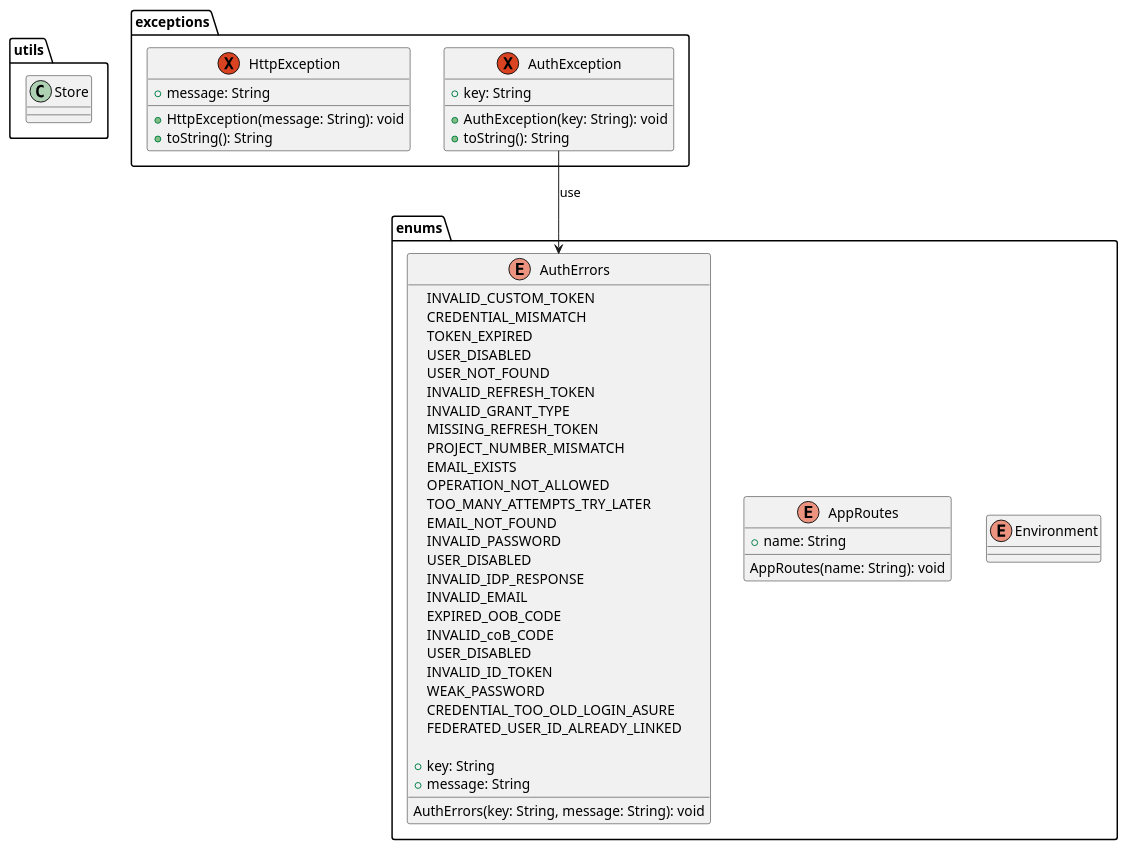
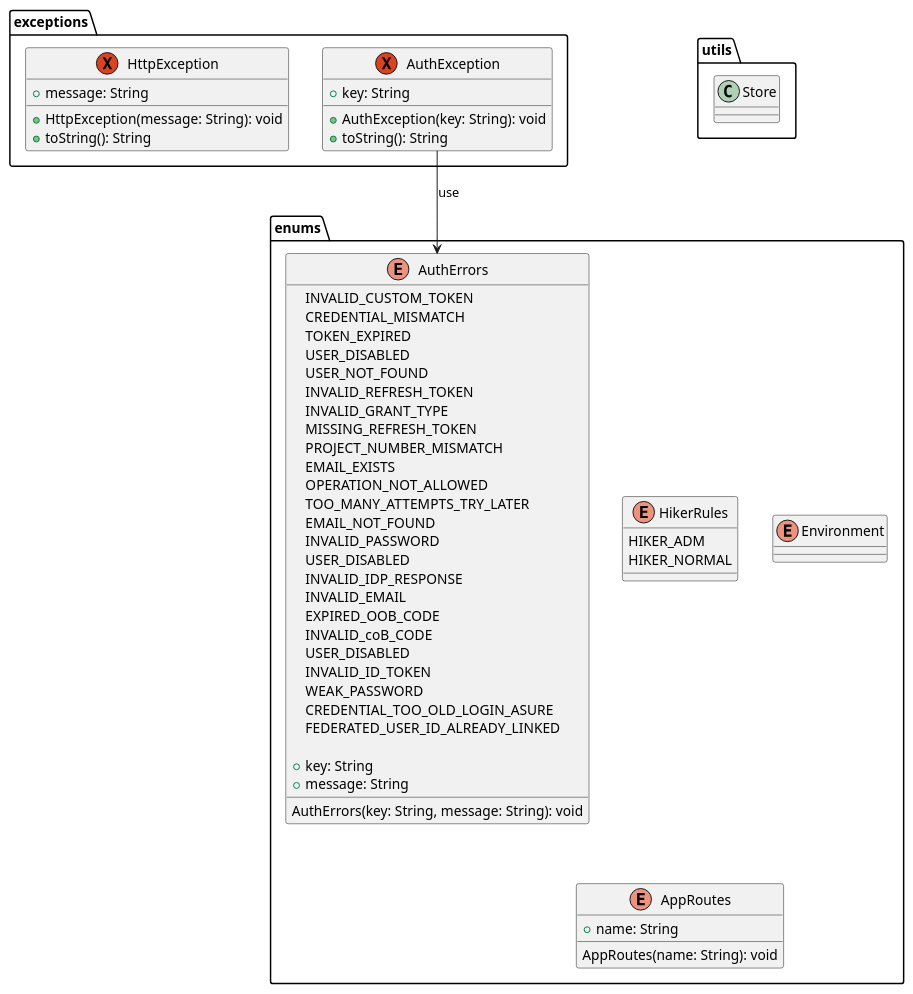
Before and after one commit to tiagors09/pe_na_pedra: the diagram in docs/diagrams/src/class_diagrams/pe_na_pedra_class_diagram_9.plantuml, drawn with PlantUML.

Commit message:
docs: :memo: add HikerRules enum

```diff
--- a/docs/diagrams/src/class_diagrams/pe_na_pedra_class_diagram_9.plantuml
+++ b/docs/diagrams/src/class_diagrams/pe_na_pedra_class_diagram_9.plantuml
@@ -1,63 +1,68 @@
 @startuml pe_na_pedra_class_diagram_9
 package utils {
   class Store
 }
 
 package enums {
+  enum HikerRules {
+    HIKER_ADM
+    HIKER_NORMAL
+  }
+
   enum Environment
   
   enum AppRoutes {
     + name: String
 
     AppRoutes(name: String): void
   }
 
   enum AuthErrors {
     INVALID_CUSTOM_TOKEN
     CREDENTIAL_MISMATCH
     TOKEN_EXPIRED
     USER_DISABLED
     USER_NOT_FOUND
     INVALID_REFRESH_TOKEN
     INVALID_GRANT_TYPE
     MISSING_REFRESH_TOKEN
     PROJECT_NUMBER_MISMATCH
     EMAIL_EXISTS
     OPERATION_NOT_ALLOWED
     TOO_MANY_ATTEMPTS_TRY_LATER
     EMAIL_NOT_FOUND
     INVALID_PASSWORD
     USER_DISABLED
     INVALID_IDP_RESPONSE
     INVALID_EMAIL
     EXPIRED_OOB_CODE
     INVALID_coB_CODE
     USER_DISABLED
     INVALID_ID_TOKEN
     WEAK_PASSWORD
     CREDENTIAL_TOO_OLD_LOGIN_ASURE
     FEDERATED_USER_ID_ALREADY_LINKED
 
     + key: String
     + message: String
 
     AuthErrors(key: String, message: String): void
   }
 }
 
 package exceptions {
   exception AuthException {
     + key: String
     + AuthException(key: String): void
     + toString(): String
   }
 
   exception HttpException {
     + message: String
     + HttpException(message: String): void
     + toString(): String
   }
 }
 
 AuthException --> AuthErrors : use
 @enduml
```
